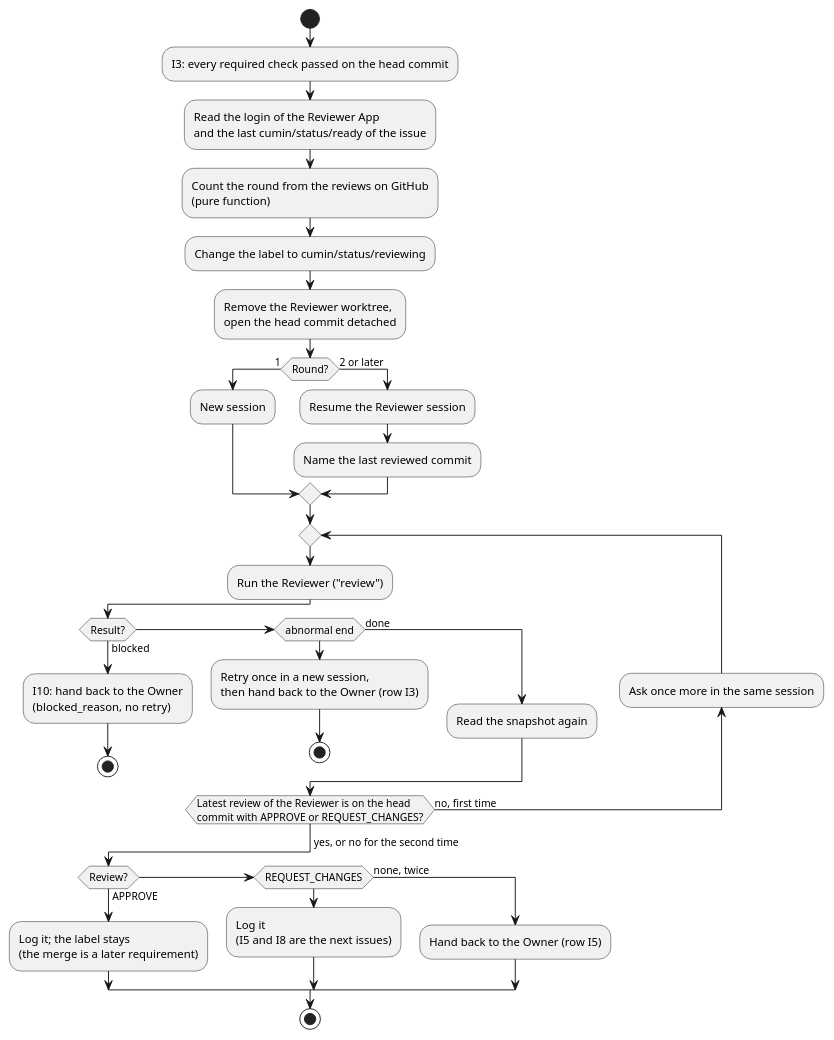
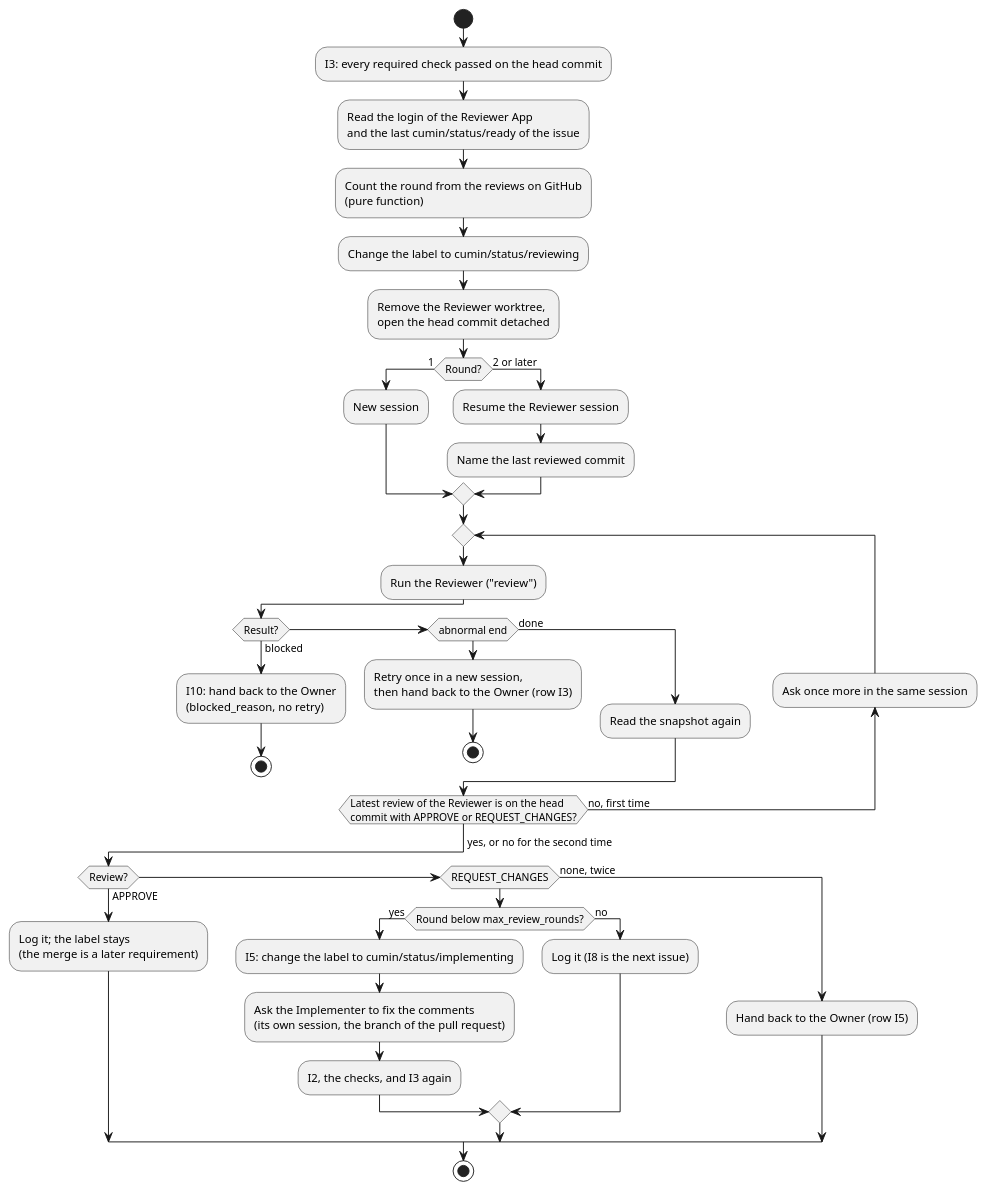
The diagram in docs/ja/designs/poll-review.puml (cloveclovedev/cumin-works), drawn with PlantUML before and after one commit. The commit also changed 7 other files, not shown here.

First line of the commit message:
feat(workflow): send the blocking review comments to the Implementer in the same session (I5) (#260)

```diff
--- a/docs/ja/designs/poll-review.puml
+++ b/docs/ja/designs/poll-review.puml
@@ -1,50 +1,56 @@
 @startuml poll-review
 ' cumin works - the Reviewer request (I3), the check of its review after the run, and I10.
 ' Document: poll.md, section on the Reviewer request.
 ' Render: run scripts/render-diagrams.sh at the root of the repository.
 skinparam shadowing false
 skinparam defaultFontName sans-serif
 
 start
 :I3: every required check passed on the head commit;
 :Read the login of the Reviewer App
 and the last cumin/status/ready of the issue;
 :Count the round from the reviews on GitHub
 (pure function);
 :Change the label to cumin/status/reviewing;
 :Remove the Reviewer worktree,
 open the head commit detached;
 if (Round?) then (1)
   :New session;
 else (2 or later)
   :Resume the Reviewer session;
   :Name the last reviewed commit;
 endif
 repeat
   :Run the Reviewer ("review");
   if (Result?) then (blocked)
     :I10: hand back to the Owner
     (blocked_reason, no retry);
     stop
   elseif (abnormal end) then
     :Retry once in a new session,
     then hand back to the Owner (row I3);
     stop
   else (done)
     :Read the snapshot again;
   endif
   backward:Ask once more in the same session;
 repeat while (Latest review of the Reviewer is on the head
 commit with APPROVE or REQUEST_CHANGES?) is (no, first time)
 ->yes, or no for the second time;
 if (Review?) then (APPROVE)
   :Log it; the label stays
   (the merge is a later requirement);
 elseif (REQUEST_CHANGES) then
-  :Log it
-  (I5 and I8 are the next issues);
+  if (Round below max_review_rounds?) then (yes)
+    :I5: change the label to cumin/status/implementing;
+    :Ask the Implementer to fix the comments
+    (its own session, the branch of the pull request);
+    :I2, the checks, and I3 again;
+  else (no)
+    :Log it (I8 is the next issue);
+  endif
 else (none, twice)
   :Hand back to the Owner (row I5);
 endif
 stop
 @enduml
```
